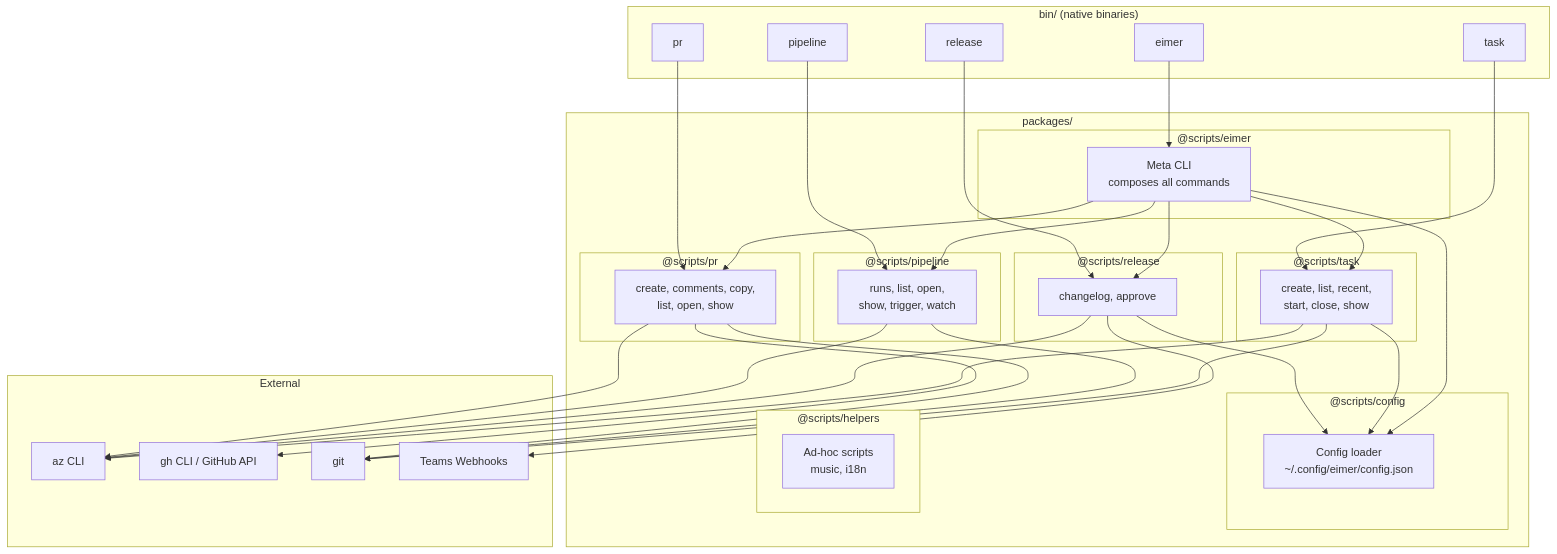
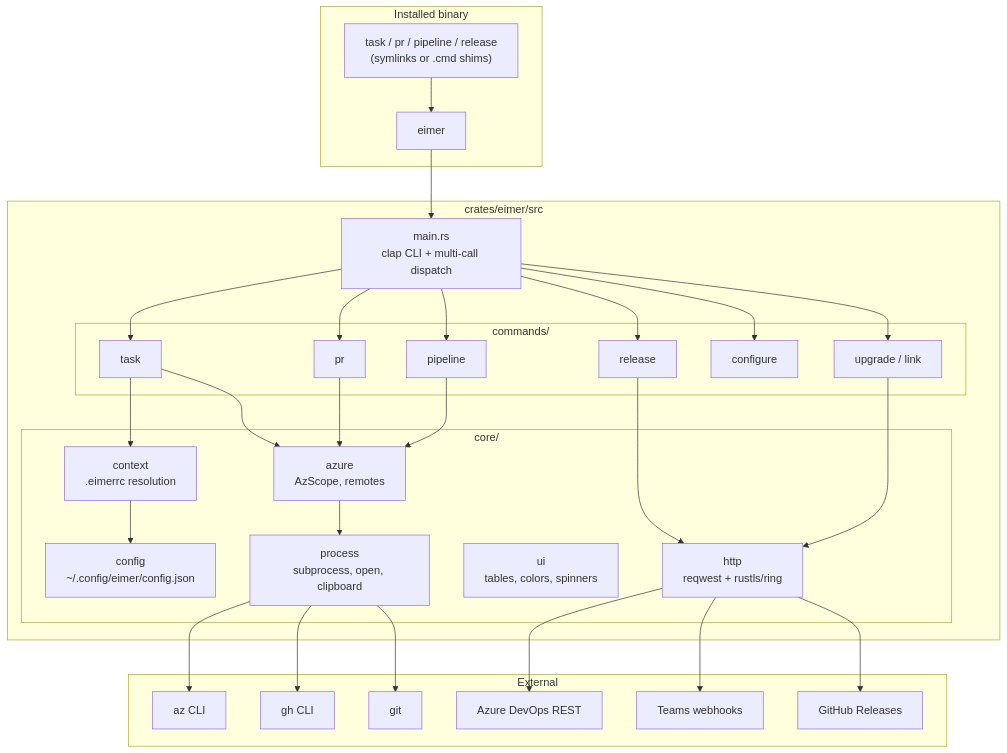
The diagram in docs/architecture.md (eimerreis/eimer-cli), drawn with Mermaid before and after one commit. The commit also changed other lines of this file and 4 other files, not shown here.

Commit message:
docs: document the Rust CLI, installation and release process

````diff
--- a/docs/architecture.md
+++ b/docs/architecture.md
@@ -8,66 +10,44 @@
 ```mermaid
 graph TB
-    subgraph "bin/ (native binaries)"
+    subgraph "Installed binary"
         EIMER[eimer]
-        PR_BIN[pr]
-        PIPE_BIN[pipeline]
-        REL_BIN[release]
-        TASK_BIN[task]
+        LINKS["task / pr / pipeline / release<br/>(symlinks or .cmd shims)"]
     end
 
-    subgraph "packages/"
-        subgraph "@scripts/eimer"
-            META[Meta CLI<br/>composes all commands]
+    subgraph "crates/eimer/src"
+        MAIN[main.rs<br/>clap CLI + multi-call dispatch]
+        subgraph "commands/"
+            TASK[task]
+            PR[pr]
+            PIPE[pipeline]
+            REL[release]
+            CFGCMD[configure]
+            UPG[upgrade / link]
         end
-        subgraph "@scripts/pr"
-            PR[create, comments, copy,<br/>list, open, show]
-        end
-        subgraph "@scripts/pipeline"
-            PIPE[runs, list, open,<br/>show, trigger, watch]
-        end
-        subgraph "@scripts/release"
-            REL[changelog, approve]
-        end
-        subgraph "@scripts/task"
-            TASK[create, list, recent,<br/>start, close, show]
-        end
-        subgraph "@scripts/config"
-            CFG["Config loader<br/>~/.config/eimer/config.json"]
-        end
-        subgraph "@scripts/helpers"
-            HELP[Ad-hoc scripts<br/>music, i18n]
+        subgraph "core/"
+            CTX[context<br/>.eimerrc resolution]
+            CFG["config<br/>~/.config/eimer/config.json"]
+            AZ[azure<br/>AzScope, remotes]
+            PROC[process<br/>subprocess, open, clipboard]
+            UI[ui<br/>tables, colors, spinners]
+            HTTP[http<br/>reqwest + rustls/ring]
         end
     end
 
     subgraph "External"
-        AZ[az CLI]
-        GH[gh CLI / GitHub API]
+        AZCLI[az CLI]
+        GH[gh CLI]
         GIT[git]
-        TEAMS[Teams Webhooks]
+        ADO[Azure DevOps REST]
+        TEAMS[Teams webhooks]
+        GHREL[GitHub Releases]
     end
 
-    EIMER --> META
-    PR_BIN --> PR
-    PIPE_BIN --> PIPE
-    REL_BIN --> REL
-    TASK_BIN --> TASK
-
-    META --> PR
-    META --> PIPE
-    META --> REL
-    META --> TASK
-
-    REL --> CFG
-    TASK --> CFG
-    META --> CFG
-
-    PR --> AZ
-    PR --> GIT
-    PR --> GH
-    PIPE --> AZ
-    PIPE --> GIT
-    REL --> AZ
-    REL --> TEAMS
-    TASK --> AZ
-    TASK --> GIT
+    LINKS --> EIMER --> MAIN
+    MAIN --> TASK & PR & PIPE & REL & CFGCMD & UPG
+    TASK --> CTX --> CFG
+    TASK & PR & PIPE --> AZ --> PROC
+    PROC --> AZCLI & GH & GIT
+    REL --> HTTP --> ADO & TEAMS
+    UPG --> HTTP --> GHREL
 ```
````
